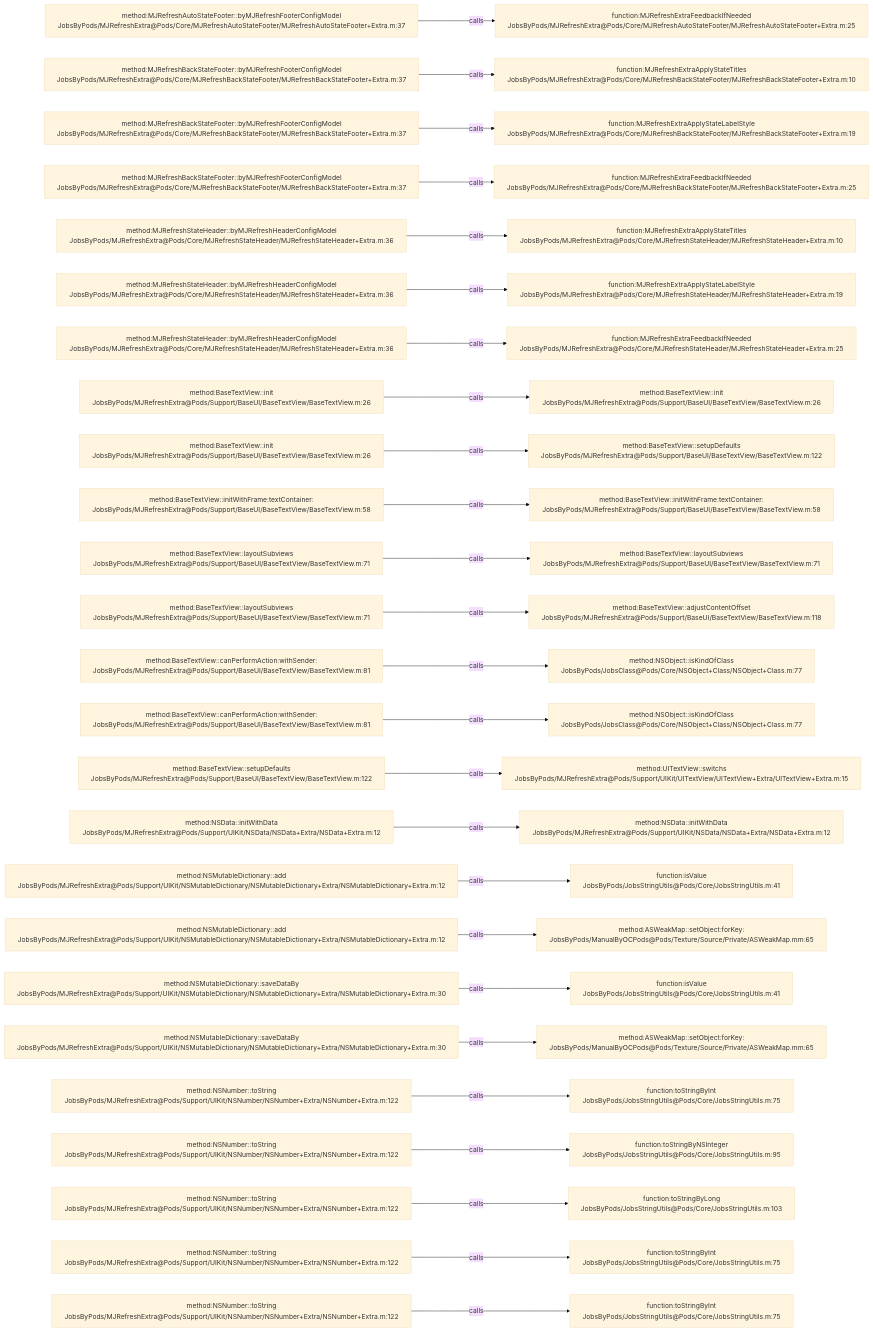
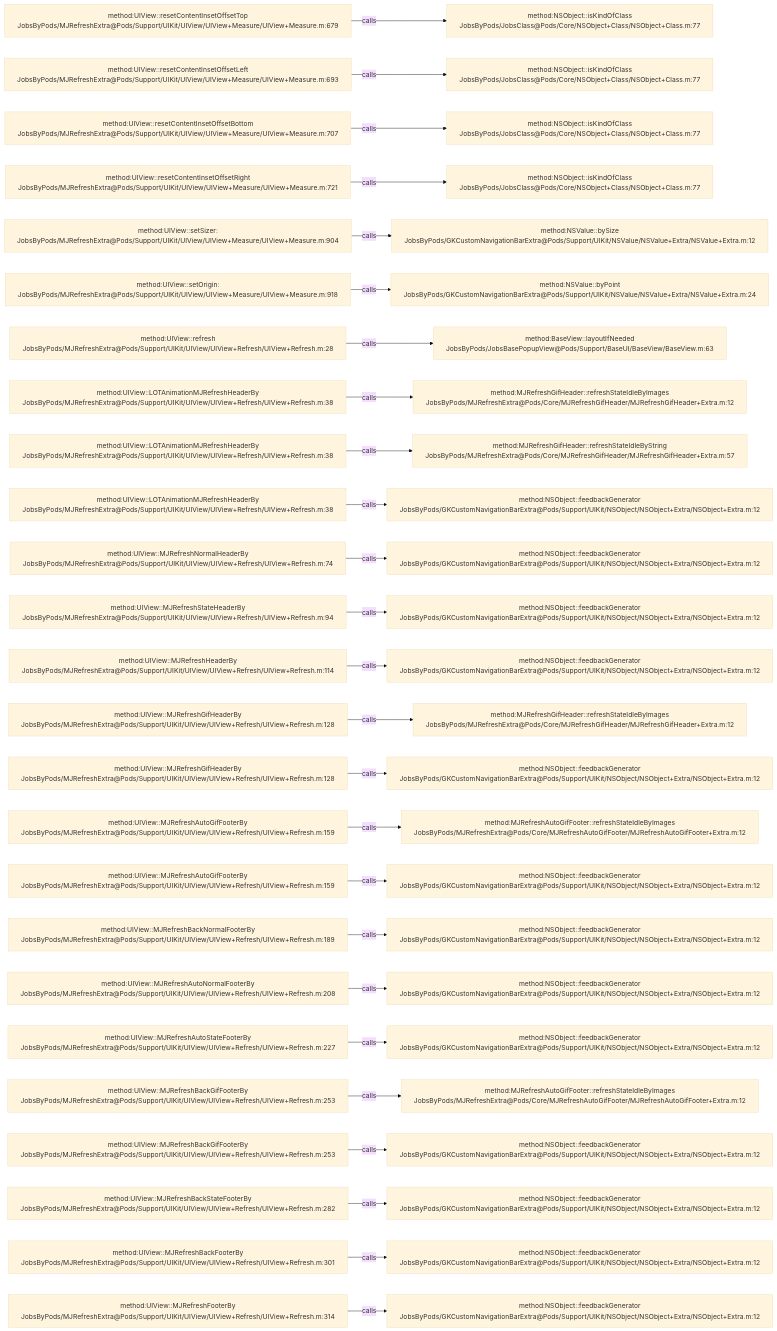
One commit to JobsKits/JobsOCBaseConfigDemo changed the diagram in .codegraph/codegraph.md/graphs/calls-175.md. Above: the diagram before and after it, drawn with Mermaid (base theme). The commit also changed 639 other files, not shown here.

````diff
--- a/.codegraph/codegraph.md/graphs/calls-175.md
+++ b/.codegraph/codegraph.md/graphs/calls-175.md
@@ -13,78 +13,78 @@
 ```mermaid
 flowchart LR
-  S1["method:MJRefreshAutoStateFooter::byMJRefreshFooterConfigModel<br/>JobsByPods/MJRefreshExtra@Pods/Core/MJRefreshAutoStateFooter/MJRefreshAutoStateFooter+Extra.m:37"]
-  T1["function:MJRefreshExtraFeedbackIfNeeded<br/>JobsByPods/MJRefreshExtra@Pods/Core/MJRefreshAutoStateFooter/MJRefreshAutoStateFooter+Extra.m:25"]
+  S1["method:UIView::resetContentInsetOffsetTop<br/>JobsByPods/MJRefreshExtra@Pods/Support/UIKit/UIView/UIView+Measure/UIView+Measure.m:679"]
+  T1["method:NSObject::isKindOfClass<br/>JobsByPods/JobsClass@Pods/Core/NSObject+Class/NSObject+Class.m:77"]
   S1 -->|calls| T1
-  S2["method:MJRefreshBackStateFooter::byMJRefreshFooterConfigModel<br/>JobsByPods/MJRefreshExtra@Pods/Core/MJRefreshBackStateFooter/MJRefreshBackStateFooter+Extra.m:37"]
-  T2["function:MJRefreshExtraApplyStateTitles<br/>JobsByPods/MJRefreshExtra@Pods/Core/MJRefreshBackStateFooter/MJRefreshBackStateFooter+Extra.m:10"]
+  S2["method:UIView::resetContentInsetOffsetLeft<br/>JobsByPods/MJRefreshExtra@Pods/Support/UIKit/UIView/UIView+Measure/UIView+Measure.m:693"]
+  T2["method:NSObject::isKindOfClass<br/>JobsByPods/JobsClass@Pods/Core/NSObject+Class/NSObject+Class.m:77"]
   S2 -->|calls| T2
-  S3["method:MJRefreshBackStateFooter::byMJRefreshFooterConfigModel<br/>JobsByPods/MJRefreshExtra@Pods/Core/MJRefreshBackStateFooter/MJRefreshBackStateFooter+Extra.m:37"]
-  T3["function:MJRefreshExtraApplyStateLabelStyle<br/>JobsByPods/MJRefreshExtra@Pods/Core/MJRefreshBackStateFooter/MJRefreshBackStateFooter+Extra.m:19"]
+  S3["method:UIView::resetContentInsetOffsetBottom<br/>JobsByPods/MJRefreshExtra@Pods/Support/UIKit/UIView/UIView+Measure/UIView+Measure.m:707"]
+  T3["method:NSObject::isKindOfClass<br/>JobsByPods/JobsClass@Pods/Core/NSObject+Class/NSObject+Class.m:77"]
   S3 -->|calls| T3
-  S4["method:MJRefreshBackStateFooter::byMJRefreshFooterConfigModel<br/>JobsByPods/MJRefreshExtra@Pods/Core/MJRefreshBackStateFooter/MJRefreshBackStateFooter+Extra.m:37"]
-  T4["function:MJRefreshExtraFeedbackIfNeeded<br/>JobsByPods/MJRefreshExtra@Pods/Core/MJRefreshBackStateFooter/MJRefreshBackStateFooter+Extra.m:25"]
+  S4["method:UIView::resetContentInsetOffsetRight<br/>JobsByPods/MJRefreshExtra@Pods/Support/UIKit/UIView/UIView+Measure/UIView+Measure.m:721"]
+  T4["method:NSObject::isKindOfClass<br/>JobsByPods/JobsClass@Pods/Core/NSObject+Class/NSObject+Class.m:77"]
   S4 -->|calls| T4
-  S5["method:MJRefreshStateHeader::byMJRefreshHeaderConfigModel<br/>JobsByPods/MJRefreshExtra@Pods/Core/MJRefreshStateHeader/MJRefreshStateHeader+Extra.m:36"]
-  T5["function:MJRefreshExtraApplyStateTitles<br/>JobsByPods/MJRefreshExtra@Pods/Core/MJRefreshStateHeader/MJRefreshStateHeader+Extra.m:10"]
+  S5["method:UIView::setSizer:<br/>JobsByPods/MJRefreshExtra@Pods/Support/UIKit/UIView/UIView+Measure/UIView+Measure.m:904"]
+  T5["method:NSValue::bySize<br/>JobsByPods/GKCustomNavigationBarExtra@Pods/Support/UIKit/NSValue/NSValue+Extra/NSValue+Extra.m:12"]
   S5 -->|calls| T5
-  S6["method:MJRefreshStateHeader::byMJRefreshHeaderConfigModel<br/>JobsByPods/MJRefreshExtra@Pods/Core/MJRefreshStateHeader/MJRefreshStateHeader+Extra.m:36"]
-  T6["function:MJRefreshExtraApplyStateLabelStyle<br/>JobsByPods/MJRefreshExtra@Pods/Core/MJRefreshStateHeader/MJRefreshStateHeader+Extra.m:19"]
+  S6["method:UIView::setOrigin:<br/>JobsByPods/MJRefreshExtra@Pods/Support/UIKit/UIView/UIView+Measure/UIView+Measure.m:918"]
+  T6["method:NSValue::byPoint<br/>JobsByPods/GKCustomNavigationBarExtra@Pods/Support/UIKit/NSValue/NSValue+Extra/NSValue+Extra.m:24"]
   S6 -->|calls| T6
-  S7["method:MJRefreshStateHeader::byMJRefreshHeaderConfigModel<br/>JobsByPods/MJRefreshExtra@Pods/Core/MJRefreshStateHeader/MJRefreshStateHeader+Extra.m:36"]
-  T7["function:MJRefreshExtraFeedbackIfNeeded<br/>JobsByPods/MJRefreshExtra@Pods/Core/MJRefreshStateHeader/MJRefreshStateHeader+Extra.m:25"]
+  S7["method:UIView::refresh<br/>JobsByPods/MJRefreshExtra@Pods/Support/UIKit/UIView/UIView+Refresh/UIView+Refresh.m:28"]
+  T7["method:BaseView::layoutIfNeeded<br/>JobsByPods/JobsBasePopupView@Pods/Support/BaseUI/BaseView/BaseView.m:63"]
   S7 -->|calls| T7
-  S8["method:BaseTextView::init<br/>JobsByPods/MJRefreshExtra@Pods/Support/BaseUI/BaseTextView/BaseTextView.m:26"]
-  T8["method:BaseTextView::init<br/>JobsByPods/MJRefreshExtra@Pods/Support/BaseUI/BaseTextView/BaseTextView.m:26"]
+  S8["method:UIView::LOTAnimationMJRefreshHeaderBy<br/>JobsByPods/MJRefreshExtra@Pods/Support/UIKit/UIView/UIView+Refresh/UIView+Refresh.m:38"]
+  T8["method:MJRefreshGifHeader::refreshStateIdleByImages<br/>JobsByPods/MJRefreshExtra@Pods/Core/MJRefreshGifHeader/MJRefreshGifHeader+Extra.m:12"]
   S8 -->|calls| T8
-  S9["method:BaseTextView::init<br/>JobsByPods/MJRefreshExtra@Pods/Support/BaseUI/BaseTextView/BaseTextView.m:26"]
-  T9["method:BaseTextView::setupDefaults<br/>JobsByPods/MJRefreshExtra@Pods/Support/BaseUI/BaseTextView/BaseTextView.m:122"]
+  S9["method:UIView::LOTAnimationMJRefreshHeaderBy<br/>JobsByPods/MJRefreshExtra@Pods/Support/UIKit/UIView/UIView+Refresh/UIView+Refresh.m:38"]
+  T9["method:MJRefreshGifHeader::refreshStateIdleByString<br/>JobsByPods/MJRefreshExtra@Pods/Core/MJRefreshGifHeader/MJRefreshGifHeader+Extra.m:57"]
   S9 -->|calls| T9
-  S10["method:BaseTextView::initWithFrame:textContainer:<br/>JobsByPods/MJRefreshExtra@Pods/Support/BaseUI/BaseTextView/BaseTextView.m:58"]
-  T10["method:BaseTextView::initWithFrame:textContainer:<br/>JobsByPods/MJRefreshExtra@Pods/Support/BaseUI/BaseTextView/BaseTextView.m:58"]
+  S10["method:UIView::LOTAnimationMJRefreshHeaderBy<br/>JobsByPods/MJRefreshExtra@Pods/Support/UIKit/UIView/UIView+Refresh/UIView+Refresh.m:38"]
+  T10["method:NSObject::feedbackGenerator<br/>JobsByPods/GKCustomNavigationBarExtra@Pods/Support/UIKit/NSObject/NSObject+Extra/NSObject+Extra.m:12"]
   S10 -->|calls| T10
-  S11["method:BaseTextView::layoutSubviews<br/>JobsByPods/MJRefreshExtra@Pods/Support/BaseUI/BaseTextView/BaseTextView.m:71"]
-  T11["method:BaseTextView::layoutSubviews<br/>JobsByPods/MJRefreshExtra@Pods/Support/BaseUI/BaseTextView/BaseTextView.m:71"]
+  S11["method:UIView::MJRefreshNormalHeaderBy<br/>JobsByPods/MJRefreshExtra@Pods/Support/UIKit/UIView/UIView+Refresh/UIView+Refresh.m:74"]
+  T11["method:NSObject::feedbackGenerator<br/>JobsByPods/GKCustomNavigationBarExtra@Pods/Support/UIKit/NSObject/NSObject+Extra/NSObject+Extra.m:12"]
   S11 -->|calls| T11
-  S12["method:BaseTextView::layoutSubviews<br/>JobsByPods/MJRefreshExtra@Pods/Support/BaseUI/BaseTextView/BaseTextView.m:71"]
-  T12["method:BaseTextView::adjustContentOffset<br/>JobsByPods/MJRefreshExtra@Pods/Support/BaseUI/BaseTextView/BaseTextView.m:118"]
+  S12["method:UIView::MJRefreshStateHeaderBy<br/>JobsByPods/MJRefreshExtra@Pods/Support/UIKit/UIView/UIView+Refresh/UIView+Refresh.m:94"]
+  T12["method:NSObject::feedbackGenerator<br/>JobsByPods/GKCustomNavigationBarExtra@Pods/Support/UIKit/NSObject/NSObject+Extra/NSObject+Extra.m:12"]
   S12 -->|calls| T12
-  S13["method:BaseTextView::canPerformAction:withSender:<br/>JobsByPods/MJRefreshExtra@Pods/Support/BaseUI/BaseTextView/BaseTextView.m:81"]
-  T13["method:NSObject::isKindOfClass<br/>JobsByPods/JobsClass@Pods/Core/NSObject+Class/NSObject+Class.m:77"]
+  S13["method:UIView::MJRefreshHeaderBy<br/>JobsByPods/MJRefreshExtra@Pods/Support/UIKit/UIView/UIView+Refresh/UIView+Refresh.m:114"]
+  T13["method:NSObject::feedbackGenerator<br/>JobsByPods/GKCustomNavigationBarExtra@Pods/Support/UIKit/NSObject/NSObject+Extra/NSObject+Extra.m:12"]
   S13 -->|calls| T13
-  S14["method:BaseTextView::canPerformAction:withSender:<br/>JobsByPods/MJRefreshExtra@Pods/Support/BaseUI/BaseTextView/BaseTextView.m:81"]
-  T14["method:NSObject::isKindOfClass<br/>JobsByPods/JobsClass@Pods/Core/NSObject+Class/NSObject+Class.m:77"]
+  S14["method:UIView::MJRefreshGifHeaderBy<br/>JobsByPods/MJRefreshExtra@Pods/Support/UIKit/UIView/UIView+Refresh/UIView+Refresh.m:128"]
+  T14["method:MJRefreshGifHeader::refreshStateIdleByImages<br/>JobsByPods/MJRefreshExtra@Pods/Core/MJRefreshGifHeader/MJRefreshGifHeader+Extra.m:12"]
   S14 -->|calls| T14
-  S15["method:BaseTextView::setupDefaults<br/>JobsByPods/MJRefreshExtra@Pods/Support/BaseUI/BaseTextView/BaseTextView.m:122"]
-  T15["method:UITextView::switchs<br/>JobsByPods/MJRefreshExtra@Pods/Support/UIKit/UITextView/UITextView+Extra/UITextView+Extra.m:15"]
+  S15["method:UIView::MJRefreshGifHeaderBy<br/>JobsByPods/MJRefreshExtra@Pods/Support/UIKit/UIView/UIView+Refresh/UIView+Refresh.m:128"]
+  T15["method:NSObject::feedbackGenerator<br/>JobsByPods/GKCustomNavigationBarExtra@Pods/Support/UIKit/NSObject/NSObject+Extra/NSObject+Extra.m:12"]
   S15 -->|calls| T15
-  S16["method:NSData::initWithData<br/>JobsByPods/MJRefreshExtra@Pods/Support/UIKit/NSData/NSData+Extra/NSData+Extra.m:12"]
-  T16["method:NSData::initWithData<br/>JobsByPods/MJRefreshExtra@Pods/Support/UIKit/NSData/NSData+Extra/NSData+Extra.m:12"]
+  S16["method:UIView::MJRefreshAutoGifFooterBy<br/>JobsByPods/MJRefreshExtra@Pods/Support/UIKit/UIView/UIView+Refresh/UIView+Refresh.m:159"]
+  T16["method:MJRefreshAutoGifFooter::refreshStateIdleByImages<br/>JobsByPods/MJRefreshExtra@Pods/Core/MJRefreshAutoGifFooter/MJRefreshAutoGifFooter+Extra.m:12"]
   S16 -->|calls| T16
-  S17["method:NSMutableDictionary::add<br/>JobsByPods/MJRefreshExtra@Pods/Support/UIKit/NSMutableDictionary/NSMutableDictionary+Extra/NSMutableDictionary+Extra.m:12"]
-  T17["function:isValue<br/>JobsByPods/JobsStringUtils@Pods/Core/JobsStringUtils.m:41"]
+  S17["method:UIView::MJRefreshAutoGifFooterBy<br/>JobsByPods/MJRefreshExtra@Pods/Support/UIKit/UIView/UIView+Refresh/UIView+Refresh.m:159"]
+  T17["method:NSObject::feedbackGenerator<br/>JobsByPods/GKCustomNavigationBarExtra@Pods/Support/UIKit/NSObject/NSObject+Extra/NSObject+Extra.m:12"]
   S17 -->|calls| T17
-  S18["method:NSMutableDictionary::add<br/>JobsByPods/MJRefreshExtra@Pods/Support/UIKit/NSMutableDictionary/NSMutableDictionary+Extra/NSMutableDictionary+Extra.m:12"]
-  T18["method:ASWeakMap::setObject:forKey:<br/>JobsByPods/ManualByOCPods@Pods/Texture/Source/Private/ASWeakMap.mm:65"]
+  S18["method:UIView::MJRefreshBackNormalFooterBy<br/>JobsByPods/MJRefreshExtra@Pods/Support/UIKit/UIView/UIView+Refresh/UIView+Refresh.m:189"]
+  T18["method:NSObject::feedbackGenerator<br/>JobsByPods/GKCustomNavigationBarExtra@Pods/Support/UIKit/NSObject/NSObject+Extra/NSObject+Extra.m:12"]
   S18 -->|calls| T18
-  S19["method:NSMutableDictionary::saveDataBy<br/>JobsByPods/MJRefreshExtra@Pods/Support/UIKit/NSMutableDictionary/NSMutableDictionary+Extra/NSMutableDictionary+Extra.m:30"]
-  T19["function:isValue<br/>JobsByPods/JobsStringUtils@Pods/Core/JobsStringUtils.m:41"]
+  S19["method:UIView::MJRefreshAutoNormalFooterBy<br/>JobsByPods/MJRefreshExtra@Pods/Support/UIKit/UIView/UIView+Refresh/UIView+Refresh.m:208"]
+  T19["method:NSObject::feedbackGenerator<br/>JobsByPods/GKCustomNavigationBarExtra@Pods/Support/UIKit/NSObject/NSObject+Extra/NSObject+Extra.m:12"]
   S19 -->|calls| T19
-  S20["method:NSMutableDictionary::saveDataBy<br/>JobsByPods/MJRefreshExtra@Pods/Support/UIKit/NSMutableDictionary/NSMutableDictionary+Extra/NSMutableDictionary+Extra.m:30"]
-  T20["method:ASWeakMap::setObject:forKey:<br/>JobsByPods/ManualByOCPods@Pods/Texture/Source/Private/ASWeakMap.mm:65"]
+  S20["method:UIView::MJRefreshAutoStateFooterBy<br/>JobsByPods/MJRefreshExtra@Pods/Support/UIKit/UIView/UIView+Refresh/UIView+Refresh.m:227"]
+  T20["method:NSObject::feedbackGenerator<br/>JobsByPods/GKCustomNavigationBarExtra@Pods/Support/UIKit/NSObject/NSObject+Extra/NSObject+Extra.m:12"]
   S20 -->|calls| T20
-  S21["method:NSNumber::toString<br/>JobsByPods/MJRefreshExtra@Pods/Support/UIKit/NSNumber/NSNumber+Extra/NSNumber+Extra.m:122"]
-  T21["function:toStringByInt<br/>JobsByPods/JobsStringUtils@Pods/Core/JobsStringUtils.m:75"]
+  S21["method:UIView::MJRefreshBackGifFooterBy<br/>JobsByPods/MJRefreshExtra@Pods/Support/UIKit/UIView/UIView+Refresh/UIView+Refresh.m:253"]
+  T21["method:MJRefreshAutoGifFooter::refreshStateIdleByImages<br/>JobsByPods/MJRefreshExtra@Pods/Core/MJRefreshAutoGifFooter/MJRefreshAutoGifFooter+Extra.m:12"]
   S21 -->|calls| T21
-  S22["method:NSNumber::toString<br/>JobsByPods/MJRefreshExtra@Pods/Support/UIKit/NSNumber/NSNumber+Extra/NSNumber+Extra.m:122"]
-  T22["function:toStringByNSInteger<br/>JobsByPods/JobsStringUtils@Pods/Core/JobsStringUtils.m:95"]
+  S22["method:UIView::MJRefreshBackGifFooterBy<br/>JobsByPods/MJRefreshExtra@Pods/Support/UIKit/UIView/UIView+Refresh/UIView+Refresh.m:253"]
+  T22["method:NSObject::feedbackGenerator<br/>JobsByPods/GKCustomNavigationBarExtra@Pods/Support/UIKit/NSObject/NSObject+Extra/NSObject+Extra.m:12"]
   S22 -->|calls| T22
-  S23["method:NSNumber::toString<br/>JobsByPods/MJRefreshExtra@Pods/Support/UIKit/NSNumber/NSNumber+Extra/NSNumber+Extra.m:122"]
-  T23["function:toStringByLong<br/>JobsByPods/JobsStringUtils@Pods/Core/JobsStringUtils.m:103"]
+  S23["method:UIView::MJRefreshBackStateFooterBy<br/>JobsByPods/MJRefreshExtra@Pods/Support/UIKit/UIView/UIView+Refresh/UIView+Refresh.m:282"]
+  T23["method:NSObject::feedbackGenerator<br/>JobsByPods/GKCustomNavigationBarExtra@Pods/Support/UIKit/NSObject/NSObject+Extra/NSObject+Extra.m:12"]
   S23 -->|calls| T23
-  S24["method:NSNumber::toString<br/>JobsByPods/MJRefreshExtra@Pods/Support/UIKit/NSNumber/NSNumber+Extra/NSNumber+Extra.m:122"]
-  T24["function:toStringByInt<br/>JobsByPods/JobsStringUtils@Pods/Core/JobsStringUtils.m:75"]
+  S24["method:UIView::MJRefreshBackFooterBy<br/>JobsByPods/MJRefreshExtra@Pods/Support/UIKit/UIView/UIView+Refresh/UIView+Refresh.m:301"]
+  T24["method:NSObject::feedbackGenerator<br/>JobsByPods/GKCustomNavigationBarExtra@Pods/Support/UIKit/NSObject/NSObject+Extra/NSObject+Extra.m:12"]
   S24 -->|calls| T24
-  S25["method:NSNumber::toString<br/>JobsByPods/MJRefreshExtra@Pods/Support/UIKit/NSNumber/NSNumber+Extra/NSNumber+Extra.m:122"]
-  T25["function:toStringByInt<br/>JobsByPods/JobsStringUtils@Pods/Core/JobsStringUtils.m:75"]
+  S25["method:UIView::MJRefreshFooterBy<br/>JobsByPods/MJRefreshExtra@Pods/Support/UIKit/UIView/UIView+Refresh/UIView+Refresh.m:314"]
+  T25["method:NSObject::feedbackGenerator<br/>JobsByPods/GKCustomNavigationBarExtra@Pods/Support/UIKit/NSObject/NSObject+Extra/NSObject+Extra.m:12"]
   S25 -->|calls| T25
 ```
````
